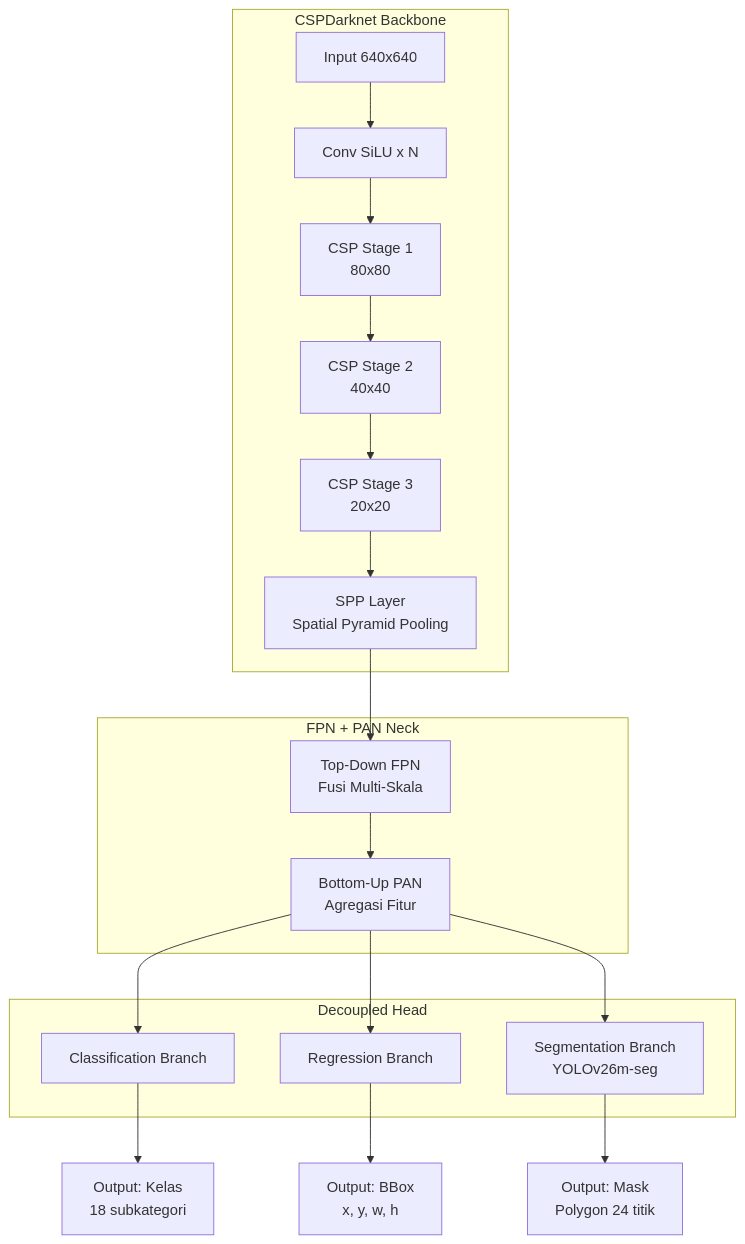
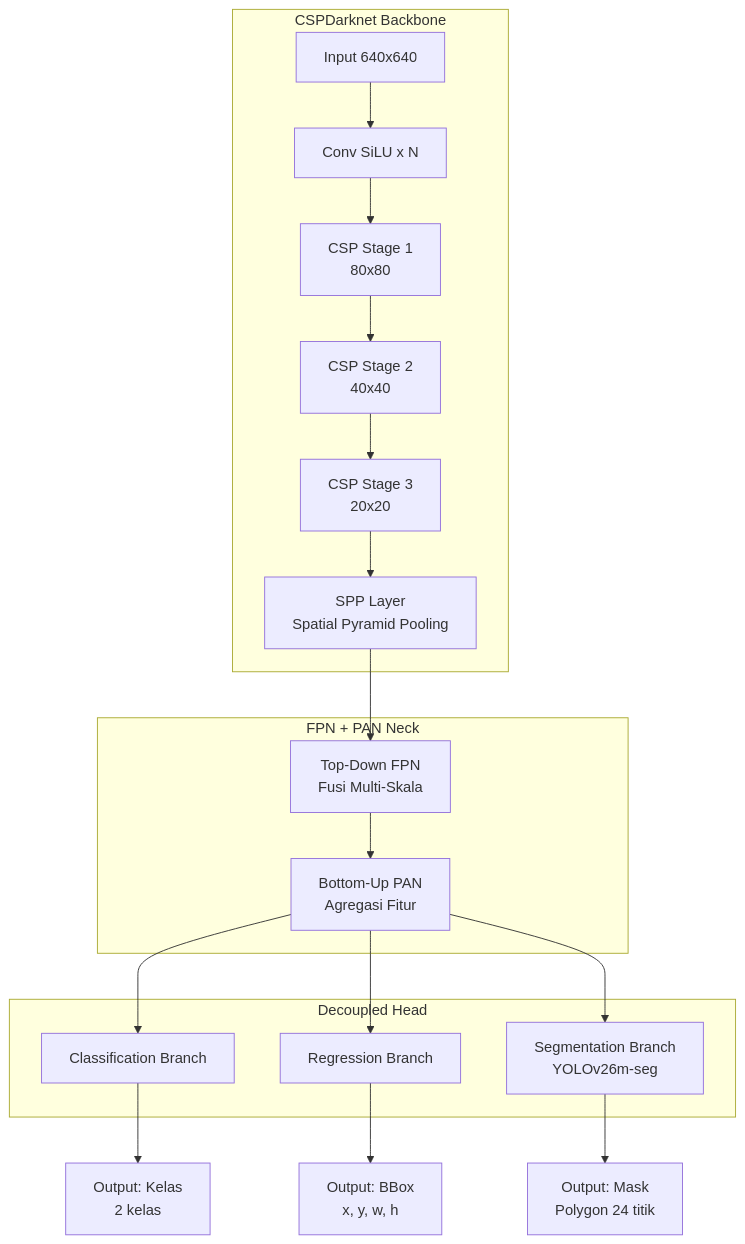
Before and after one commit to aryaw/SmartBin: the sixth of 13 diagrams in proposalPaper/presentation.md, drawn with Mermaid. The commit also changed other lines of this file and 18 other files, not shown here.

````diff
--- a/proposalPaper/presentation.md
+++ b/proposalPaper/presentation.md
@@ -154,25 +158,25 @@
 ```mermaid
 flowchart TD
     subgraph Backbone[CSPDarknet Backbone]
         A1[Input 640x640] --> A2[Conv SiLU x N]
         A2 --> A3[CSP Stage 1<br/>80x80]
         A3 --> A4[CSP Stage 2<br/>40x40]
         A4 --> A5[CSP Stage 3<br/>20x20]
         A5 --> A6[SPP Layer<br/>Spatial Pyramid Pooling]
     end
     
     subgraph Neck[FPN + PAN Neck]
         A6 --> B1[Top-Down FPN<br/>Fusi Multi-Skala]
         B1 --> B2[Bottom-Up PAN<br/>Agregasi Fitur]
     end
     
     subgraph Head[Decoupled Head]
         B2 --> C1[Classification Branch]
         B2 --> C2[Regression Branch]
         B2 --> C3[Segmentation Branch<br/>YOLOv26m-seg]
     end
     
-    C1 --> D[Output: Kelas<br/>18 subkategori]
+    C1 --> D[Output: Kelas<br/>2 kelas]
     C2 --> E[Output: BBox<br/>x, y, w, h]
     C3 --> F[Output: Mask<br/>Polygon 24 titik]
 ```
````
